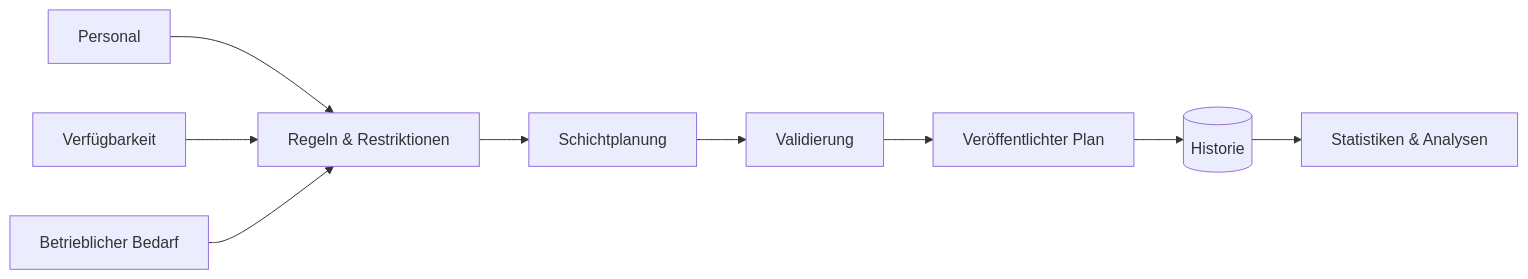
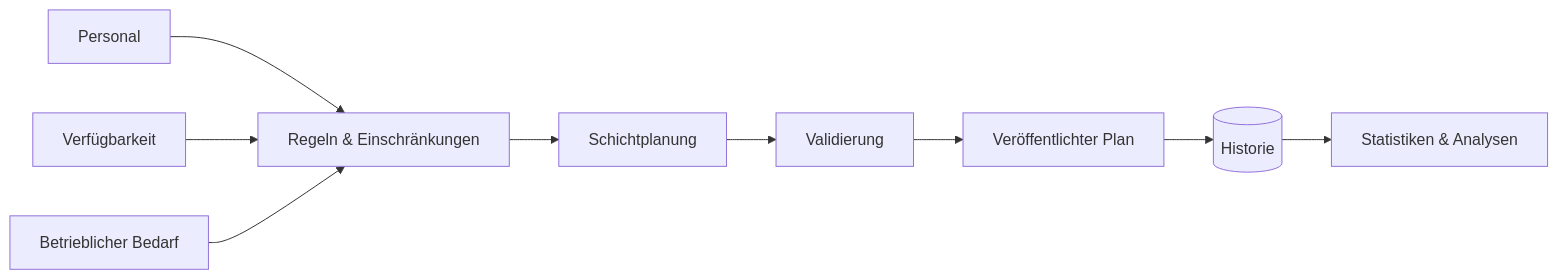
Before and after one commit to tahakubilay/shift-planning-system: the diagram in README.de.md, drawn with Mermaid. The commit also changed other lines of this file, not shown here.

````diff
--- a/README.de.md
+++ b/README.de.md
@@ -53,11 +43,11 @@
 ```mermaid
 flowchart LR
-    P[Personal] --> RULES[Regeln & Restriktionen]
+    P[Personal] --> RULES[Regeln & Einschränkungen]
     AV[Verfügbarkeit] --> RULES
     OPS[Betrieblicher Bedarf] --> RULES
     RULES --> PLAN[Schichtplanung]
     PLAN --> CHECK[Validierung]
     CHECK --> SCHEDULE[Veröffentlichter Plan]
     SCHEDULE --> HISTORY[(Historie)]
     HISTORY --> ANALYTICS[Statistiken & Analysen]
 ```
````
